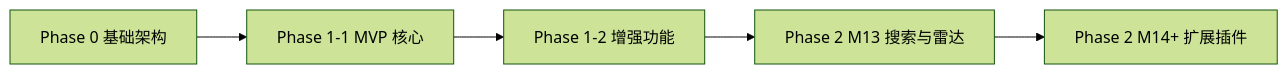
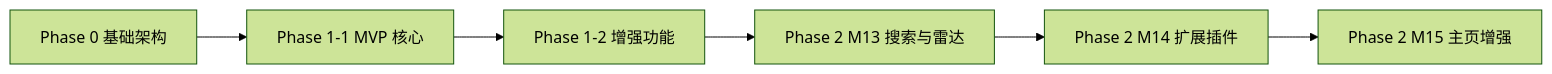
Before and after one commit to cpro1868/os_compass: the second of 2 diagrams in docs/WBS分解.md, drawn with Mermaid (forest theme). The commit also changed other lines of this file and 6 other files, not shown here.

````diff
--- a/docs/WBS分解.md
+++ b/docs/WBS分解.md
@@ -484,7 +514,8 @@
 ```mermaid
 graph LR
     A[Phase 0 基础架构] --> B[Phase 1-1 MVP 核心]
     B --> C[Phase 1-2 增强功能]
     C --> D[Phase 2 M13 搜索与雷达]
-    D --> E[Phase 2 M14+ 扩展插件]
+    D --> E[Phase 2 M14 扩展插件]
+    E --> F[Phase 2 M15 主页增强]
 ```
````
